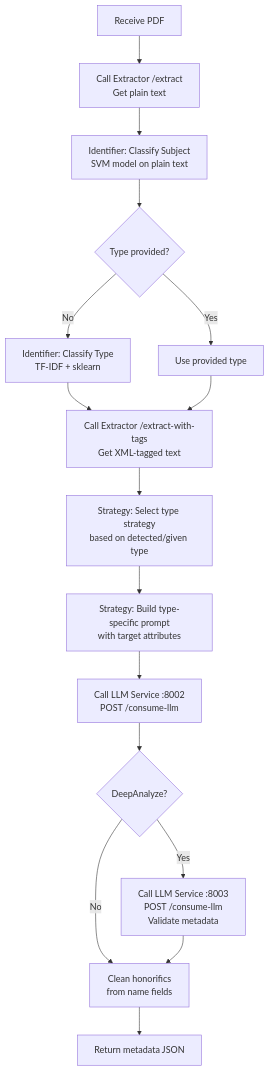
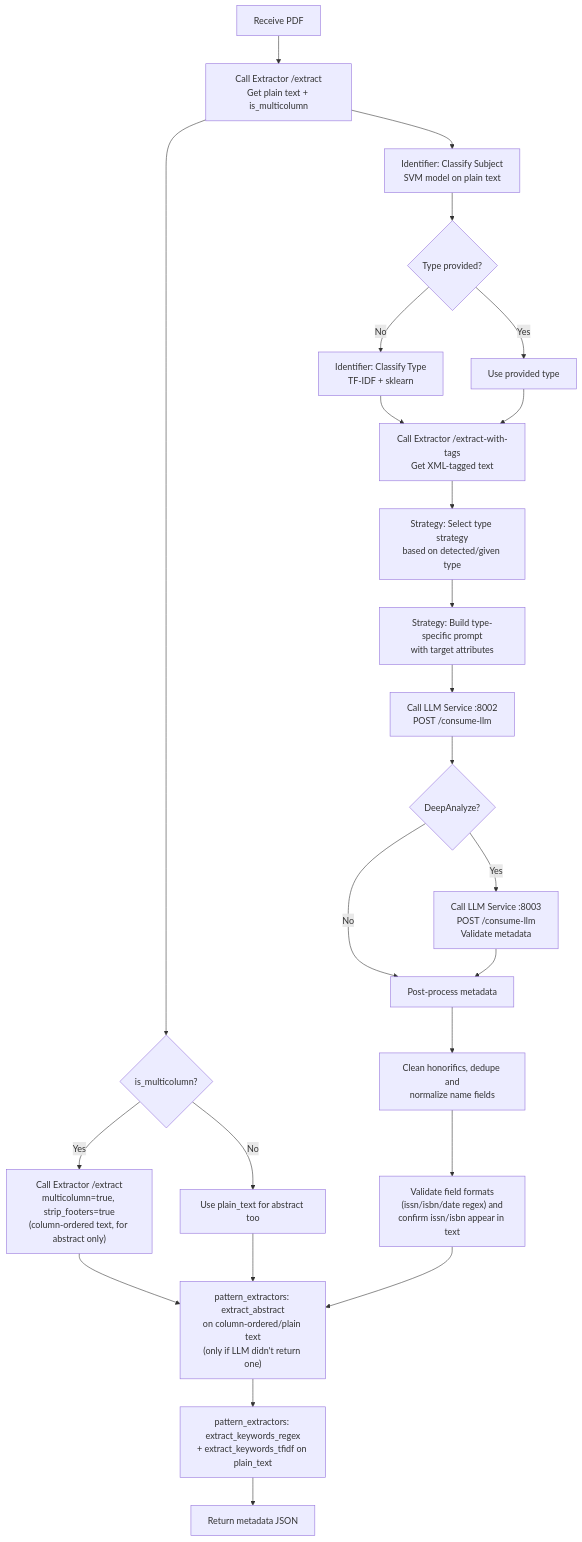
One commit to nahuelPanigo/document_extraction_llm changed the diagram in docs/api/orchestrator.md. Above: the diagram before and after it, drawn with Mermaid. The commit also changed other lines of this file and 15 other files, not shown here.

````diff
--- a/docs/api/orchestrator.md
+++ b/docs/api/orchestrator.md
@@ -83,18 +87,27 @@
 ```mermaid
 flowchart TD
-    A[Receive PDF] --> B[Call Extractor /extract\nGet plain text]
+    A[Receive PDF] --> B["Call Extractor /extract\nGet plain text + is_multicolumn"]
     B --> C["Identifier: Classify Subject\nSVM model on plain text"]
     C --> D{Type provided?}
     D -->|No| E["Identifier: Classify Type\nTF-IDF + sklearn"]
     D -->|Yes| F[Use provided type]
     E --> G[Call Extractor /extract-with-tags\nGet XML-tagged text]
     F --> G
+    B --> MC{is_multicolumn?}
+    MC -->|Yes| MCX["Call Extractor /extract\nmulticolumn=true, strip_footers=true\n(column-ordered text, for abstract only)"]
+    MC -->|No| MCN[Use plain_text for abstract too]
     G --> H["Strategy: Select type strategy\nbased on detected/given type"]
     H --> I["Strategy: Build type-specific prompt\nwith target attributes"]
     I --> J[Call LLM Service :8002\nPOST /consume-llm]
     J --> K{DeepAnalyze?}
     K -->|Yes| L[Call LLM Service :8003\nPOST /consume-llm\nValidate metadata]
-    K -->|No| M[Clean honorifics\nfrom name fields]
-    L --> M
-    M --> N[Return metadata JSON]
+    K -->|No| P[Post-process metadata]
+    L --> P
+    P --> P1[Clean honorifics, dedupe and\nnormalize name fields]
+    P1 --> P2["Validate field formats\n(issn/isbn/date regex) and\nconfirm issn/isbn appear in text"]
+    MCX --> P3
+    MCN --> P3
+    P2 --> P3["pattern_extractors: extract_abstract\non column-ordered/plain text\n(only if LLM didn't return one)"]
+    P3 --> P4["pattern_extractors: extract_keywords_regex\n+ extract_keywords_tfidf on plain_text"]
+    P4 --> N[Return metadata JSON]
 ```
````
